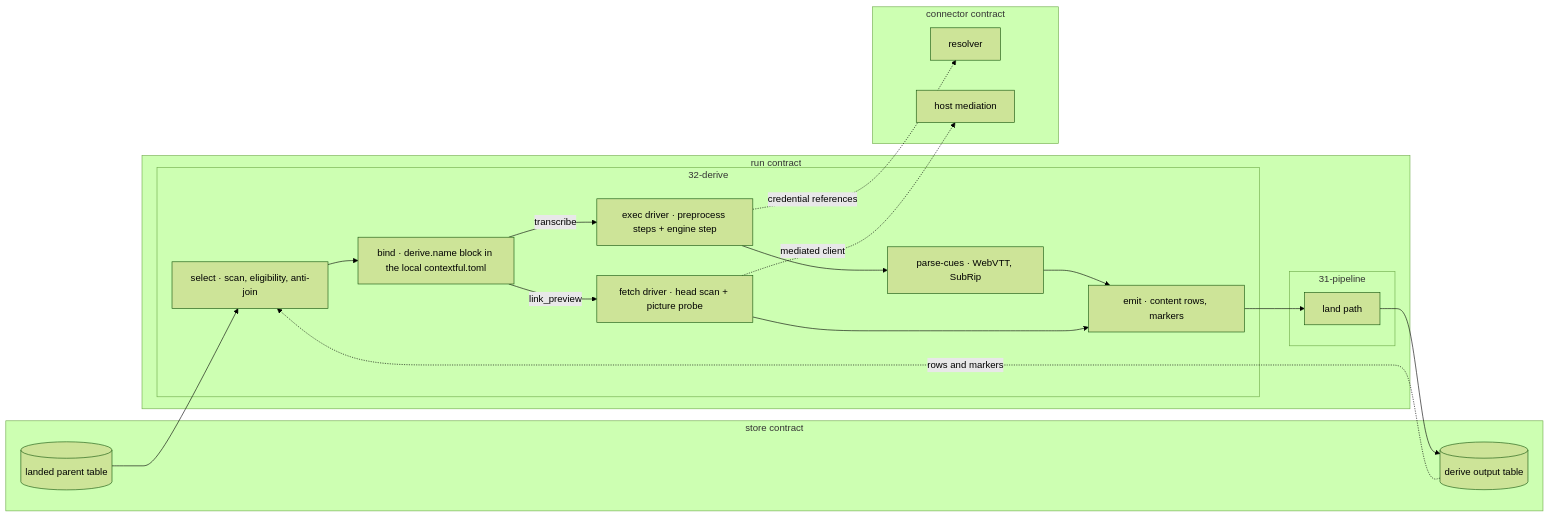
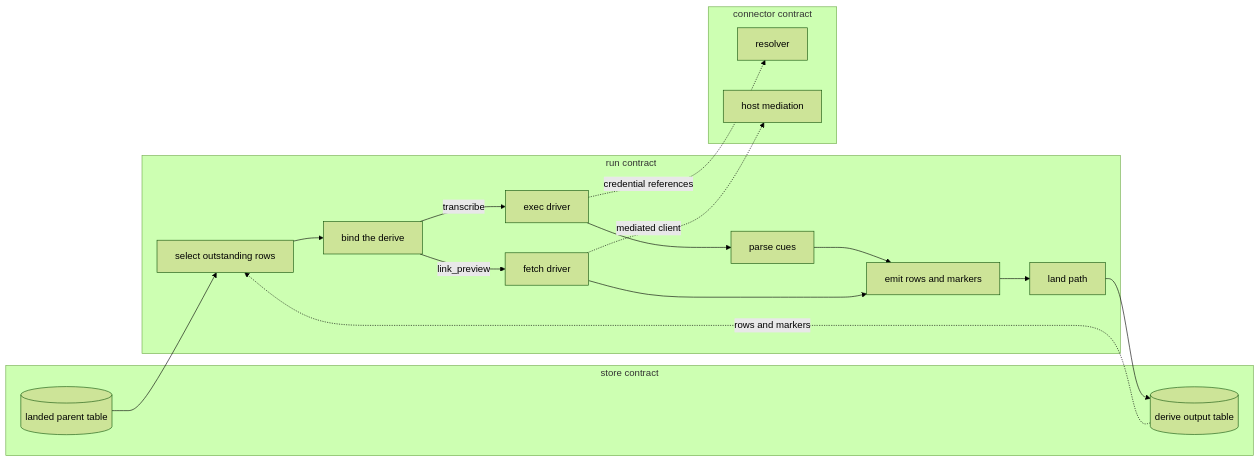
One commit to fractalboxdev/contextful changed the first of 4 diagrams in spec/32-derive.md. Above: the diagram before and after it, drawn with Mermaid (forest theme). The commit also changed other lines of this file and 24 other files, not shown here.

First line of the commit message:
spec: every flowchart draws one entity or process per node

````diff
--- a/spec/32-derive.md
+++ b/spec/32-derive.md
@@ -22,36 +22,32 @@
 ```mermaid
 flowchart LR
   subgraph STORE["store contract"]
     PT[("landed parent table")]
     OUT[("derive output table")]
   end
   subgraph RUNC["run contract"]
-    subgraph DER["32-derive"]
-      SEL["select · scan, eligibility, anti-join"]
-      BIND["bind · derive.name block in the local contextful.toml"]
-      EXEC["exec driver · preprocess steps + engine step"]
-      FETCH["fetch driver · head scan + picture probe"]
-      PC["parse-cues · WebVTT, SubRip"]
-      EMIT["emit · content rows, markers"]
-    end
-    subgraph PIPE["31-pipeline"]
-      LAND["land path"]
-    end
+    SEL["select outstanding rows"]
+    BIND["bind the derive"]
+    EXEC["exec driver"]
+    FETCH["fetch driver"]
+    PC["parse cues"]
+    EMIT["emit rows and markers"]
+    LAND["land path"]
   end
   subgraph CONN["connector contract"]
     RES["resolver"]
     MED["host mediation"]
   end
   PT --> SEL
   OUT -.->|"rows and markers"| SEL
   SEL --> BIND
   BIND -->|transcribe| EXEC
   BIND -->|link_preview| FETCH
   EXEC --> PC
   PC --> EMIT
   FETCH --> EMIT
   EMIT --> LAND
   LAND --> OUT
   EXEC -.->|"credential references"| RES
   FETCH -.->|"mediated client"| MED
 ```
````
